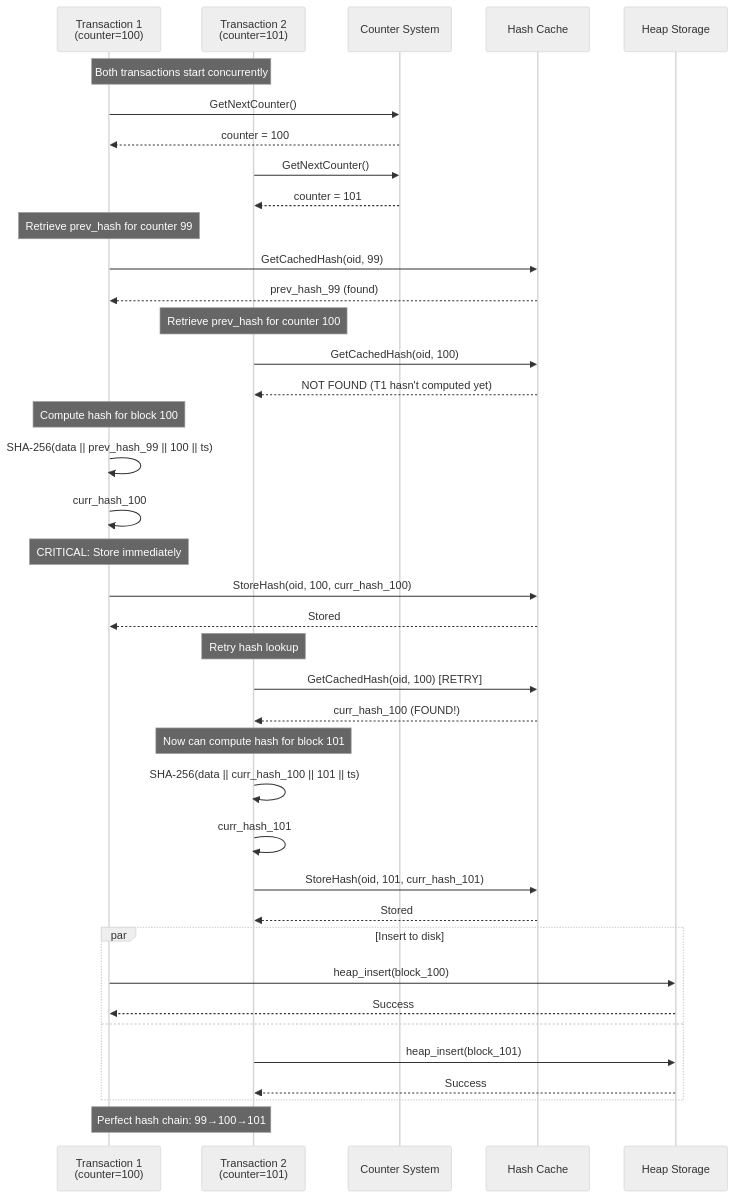
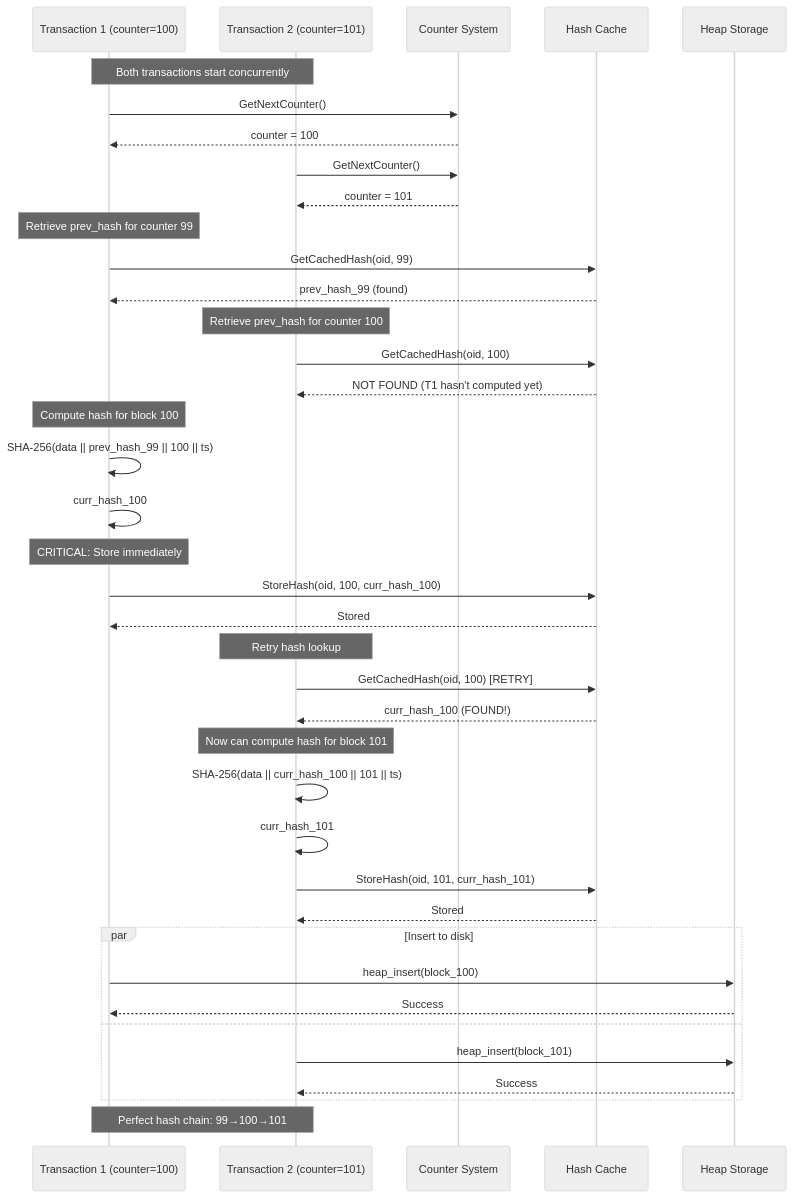
Before and after one commit to UltraMoonEagle/postgres_test: diagram 12 of 12 in docs/architecture/data-flow.md, drawn with Mermaid (neutral theme). The commit also changed other lines of this file and 34 other files, not shown here.

````diff
--- a/docs/architecture/data-flow.md
+++ b/docs/architecture/data-flow.md
@@ -513,53 +516,53 @@
 ```mermaid
 sequenceDiagram
-    participant T1 as Transaction 1<br/>(counter=100)
-    participant T2 as Transaction 2<br/>(counter=101)
+    participant T1 as Transaction 1 (counter=100)
+    participant T2 as Transaction 2 (counter=101)
     participant Counter as Counter System
     participant Cache as Hash Cache
     participant Heap as Heap Storage
 
     Note over T1,T2: Both transactions start concurrently
 
     T1->>Counter: GetNextCounter()
     Counter-->>T1: counter = 100
 
     T2->>Counter: GetNextCounter()
     Counter-->>T2: counter = 101
 
     Note over T1: Retrieve prev_hash for counter 99
     T1->>Cache: GetCachedHash(oid, 99)
     Cache-->>T1: prev_hash_99 (found)
 
     Note over T2: Retrieve prev_hash for counter 100
     T2->>Cache: GetCachedHash(oid, 100)
     Cache-->>T2: NOT FOUND (T1 hasn't computed yet)
 
     Note over T1: Compute hash for block 100
     T1->>T1: SHA-256(data || prev_hash_99 || 100 || ts)
     T1->>T1: curr_hash_100
 
     Note over T1: CRITICAL: Store immediately
     T1->>Cache: StoreHash(oid, 100, curr_hash_100)
     Cache-->>T1: Stored
 
     Note over T2: Retry hash lookup
     T2->>Cache: GetCachedHash(oid, 100) [RETRY]
     Cache-->>T2: curr_hash_100 (FOUND!)
 
     Note over T2: Now can compute hash for block 101
     T2->>T2: SHA-256(data || curr_hash_100 || 101 || ts)
     T2->>T2: curr_hash_101
 
     T2->>Cache: StoreHash(oid, 101, curr_hash_101)
     Cache-->>T2: Stored
 
     par Insert to disk
         T1->>Heap: heap_insert(block_100)
         Heap-->>T1: Success
     and
         T2->>Heap: heap_insert(block_101)
         Heap-->>T2: Success
     end
 
     Note over T1,T2: Perfect hash chain: 99→100→101
 ```
````
